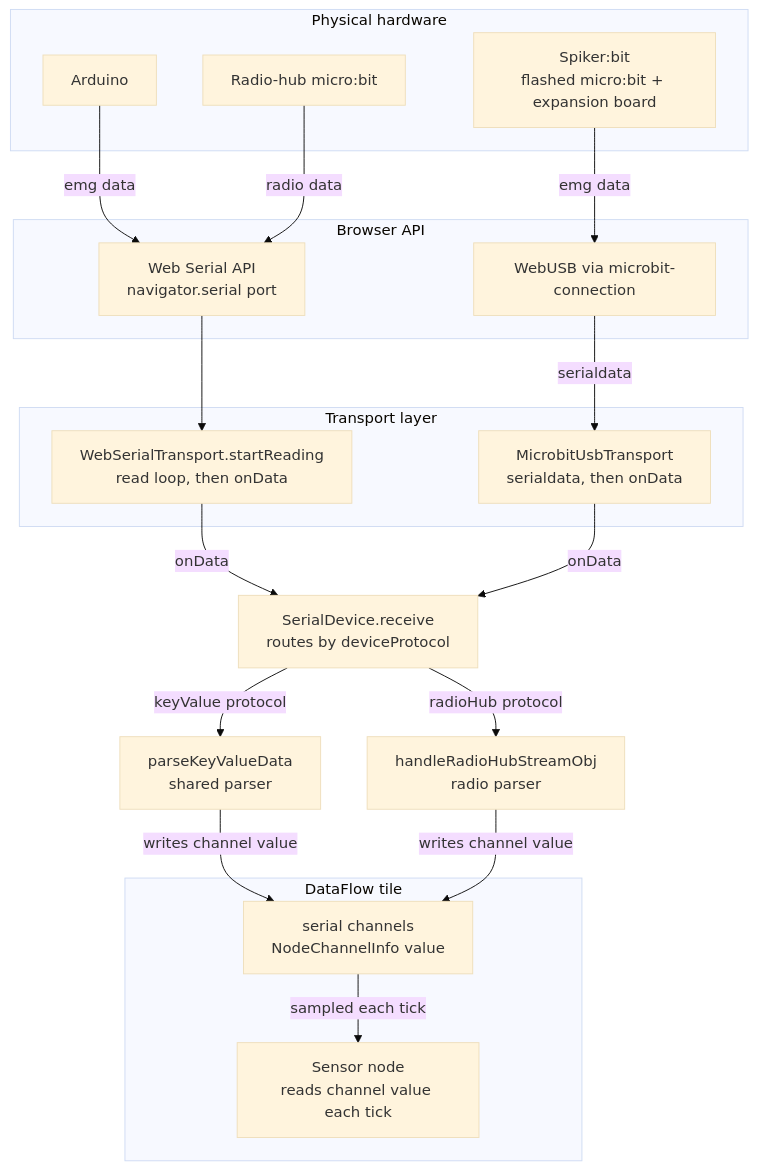
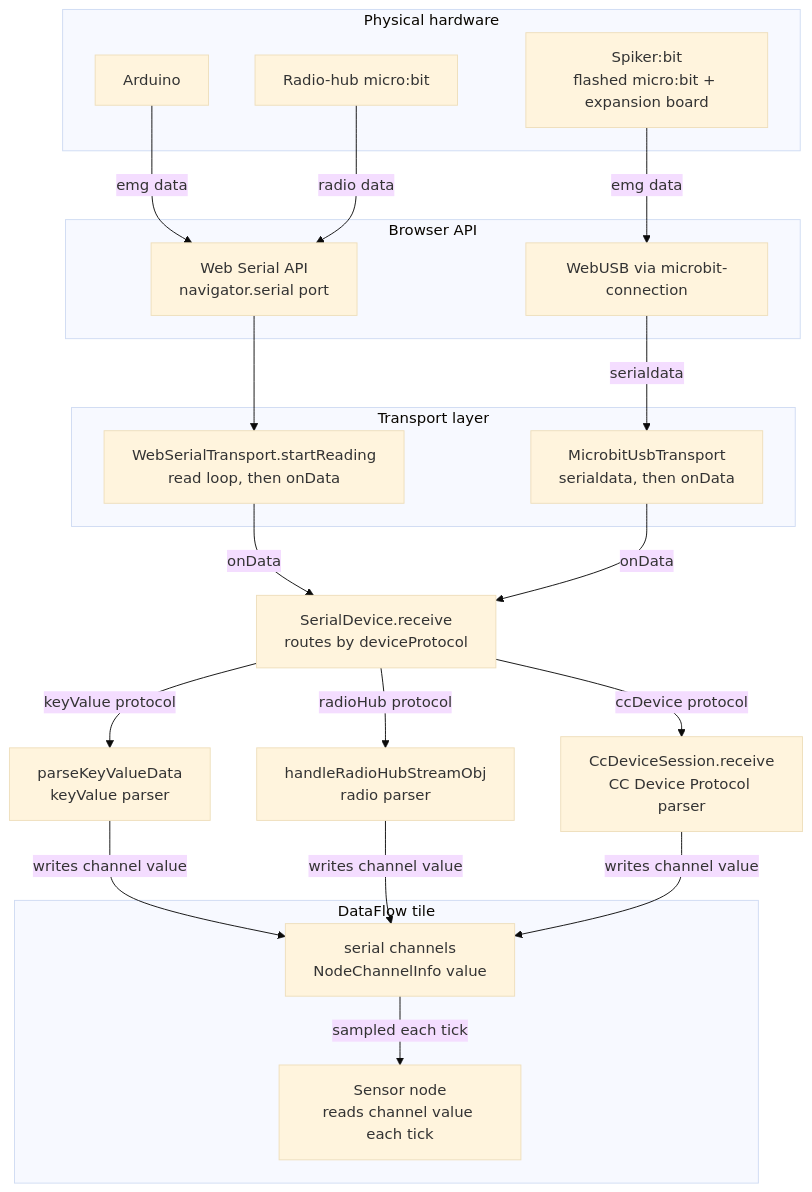
The first of 2 diagrams in src/plugins/dataflow-tool/serial.md (concord-consortium/collaborative-learning), drawn with Mermaid (base theme) before and after one commit. The commit also changed other lines of this file and 9 other files, not shown here.

````diff
--- a/src/plugins/dataflow-tool/serial.md
+++ b/src/plugins/dataflow-tool/serial.md
@@ -192,43 +198,46 @@
 ```mermaid
 flowchart TB
   subgraph hw [Physical hardware]
     ard["Arduino"]
     mbit["Radio-hub micro:bit"]
     sbit["Spiker:bit<br/>flashed micro:bit + expansion board"]
   end
 
   subgraph browser [Browser API]
     ws["Web Serial API<br/>navigator.serial port"]
     usb["WebUSB via microbit-connection"]
   end
 
   subgraph transport [Transport layer]
     wst["WebSerialTransport.startReading<br/>read loop, then onData"]
     mut["MicrobitUsbTransport<br/>serialdata, then onData"]
   end
 
   recv["SerialDevice.receive<br/>routes by deviceProtocol"]
-  parse["parseKeyValueData<br/>shared parser"]
+  parse["parseKeyValueData<br/>keyValue parser"]
   mparse["handleRadioHubStreamObj<br/>radio parser"]
+  cparse["CcDeviceSession.receive<br/>CC Device Protocol parser"]
 
   subgraph tile [DataFlow tile]
     ch["serial channels<br/>NodeChannelInfo value"]
     sensor["Sensor node<br/>reads channel value each tick"]
   end
 
   ard -->|"emg data"| ws
   mbit -->|"radio data"| ws
   ws --> wst
   wst -->|"onData"| recv
 
   sbit -->|"emg data"| usb
   usb -->|"serialdata"| mut
   mut -->|"onData"| recv
 
   recv -->|"keyValue protocol"| parse
   recv -->|"radioHub protocol"| mparse
+  recv -->|"ccDevice protocol"| cparse
 
   parse -->|"writes channel value"| ch
   mparse -->|"writes channel value"| ch
+  cparse -->|"writes channel value"| ch
   ch -->|"sampled each tick"| sensor
 ```
````
